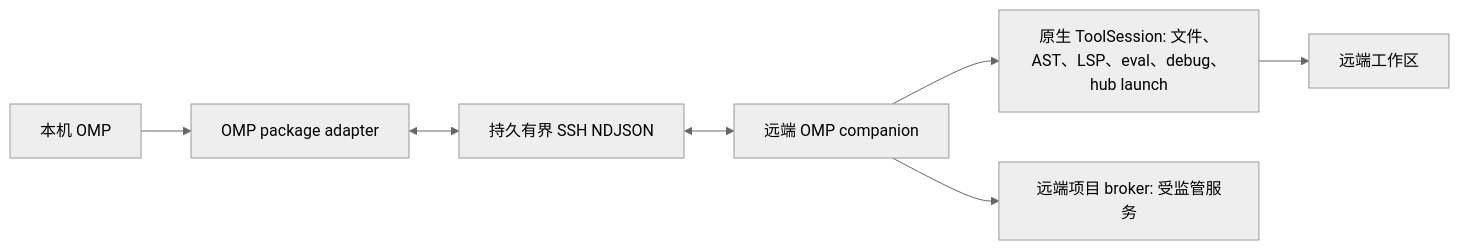
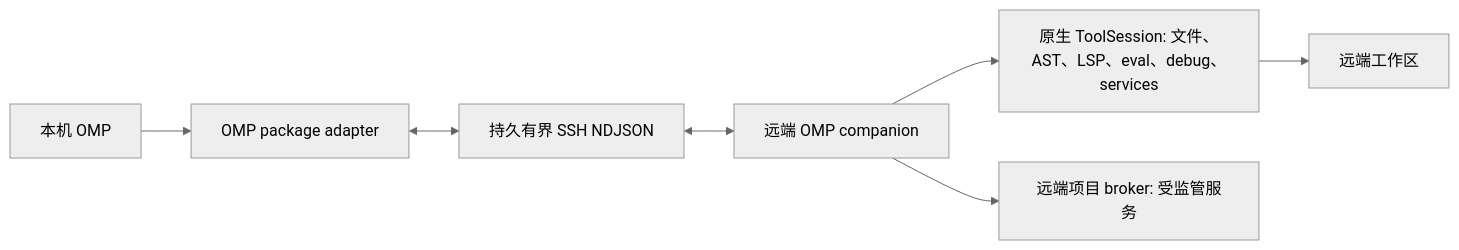
Before and after one commit to fuyao66/omp-ssh-remote: the diagram in packages/omp/README.zh-CN.md, drawn with Mermaid (neutral theme). The commit also changed other lines of this file and 22 other files, not shown here.

````diff
--- a/packages/omp/README.zh-CN.md
+++ b/packages/omp/README.zh-CN.md
@@ -27,9 +27,9 @@
 ```mermaid
 flowchart LR
   OMP[本机 OMP] --> Adapter[OMP package adapter]
   Adapter <--> SSH[持久有界 SSH NDJSON]
   SSH <--> Worker[远端 OMP companion]
-  Worker --> Tools[原生 ToolSession: 文件、AST、LSP、eval、debug、hub launch]
+  Worker --> Tools[原生 ToolSession: 文件、AST、LSP、eval、debug、services]
   Worker --> Broker[远端项目 broker: 受监管服务]
   Tools --> RemoteFS[远端工作区]
 ```
````
